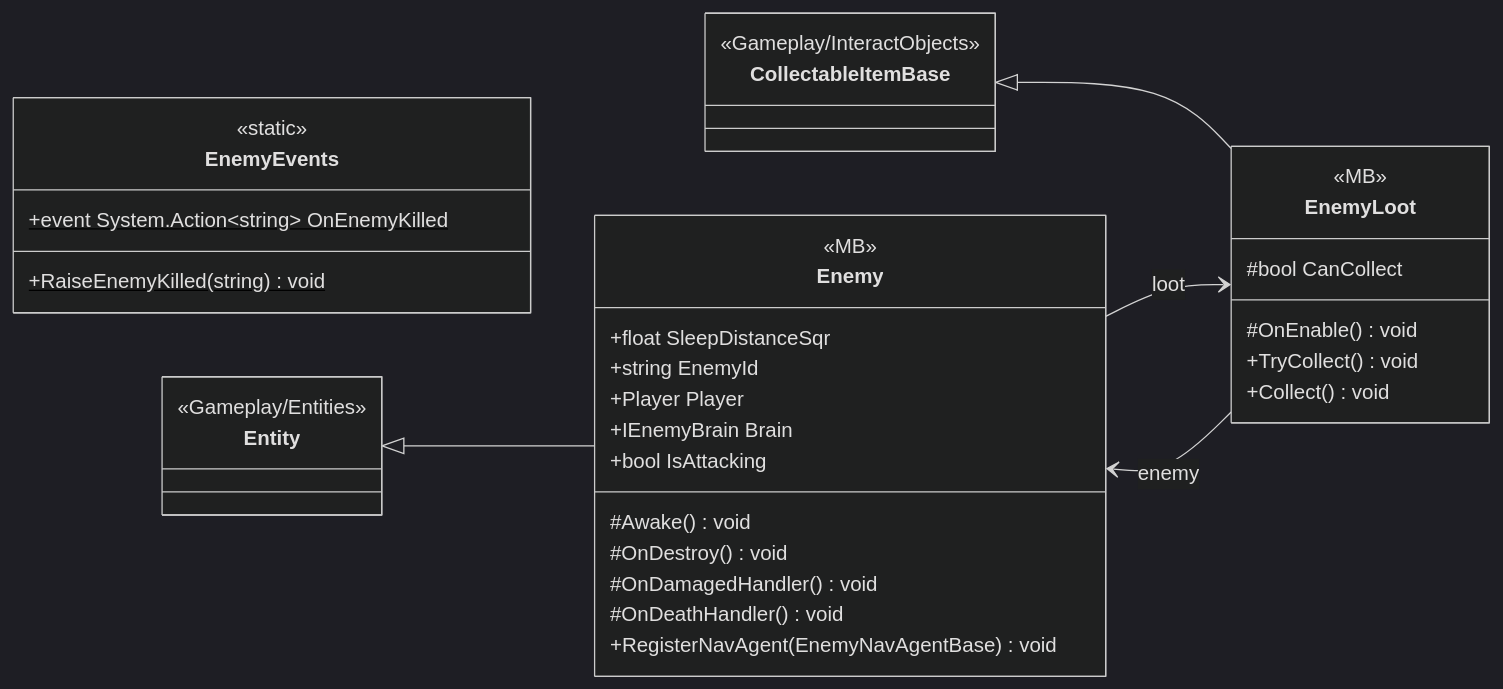
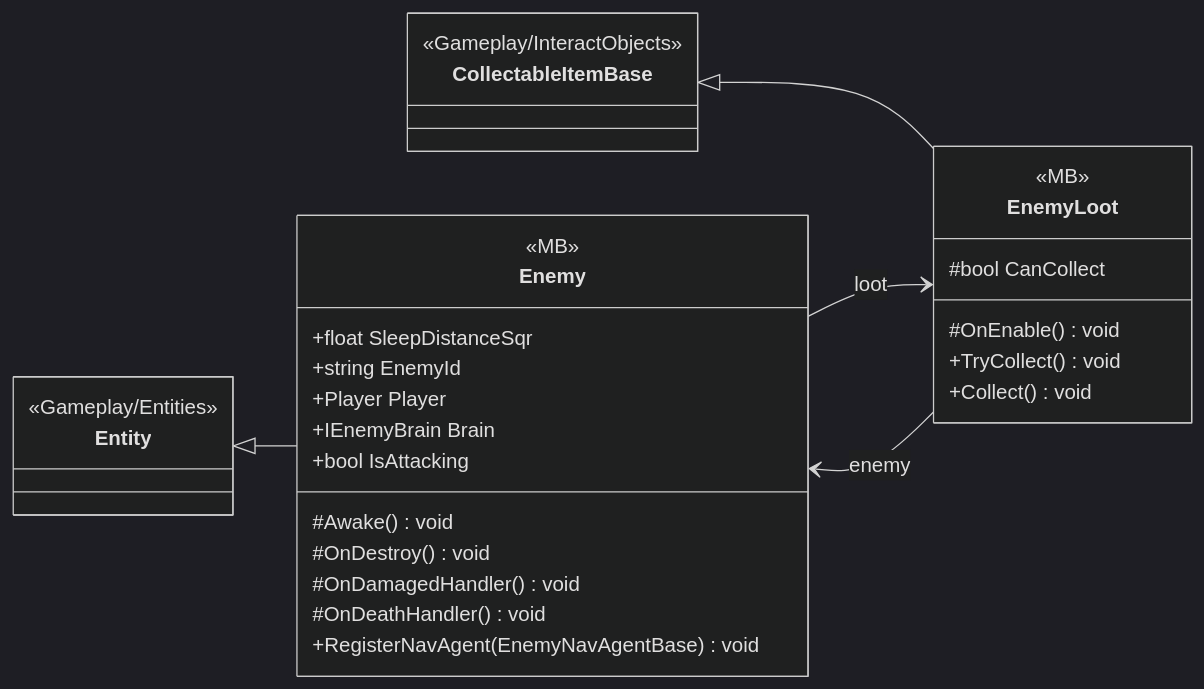
One commit to PhumipatWave/project-ocean changed the diagram in docs/uml/modules/Gameplay_Entities_Enemies.md. Above: the diagram before and after it, drawn with Mermaid (dark theme). The commit also changed other lines of this file and 191 other files, not shown here.

````diff
--- a/docs/uml/modules/Gameplay_Entities_Enemies.md
+++ b/docs/uml/modules/Gameplay_Entities_Enemies.md
@@ -7,39 +7,34 @@
 ```mermaid
 classDiagram
   direction LR
-  class EnemyEvents {
-    <<static>>
-    +event System.Action~string~ OnEnemyKilled$
-    +RaiseEnemyKilled(string)$ void
-  }
   class Enemy {
     <<MB>>
     +float SleepDistanceSqr
     +string EnemyId
     +Player Player
     +IEnemyBrain Brain
     +bool IsAttacking
     #Awake() void
     #OnDestroy() void
     #OnDamagedHandler() void
     #OnDeathHandler() void
     +RegisterNavAgent(EnemyNavAgentBase) void
   }
   class EnemyLoot {
     <<MB>>
     #bool CanCollect
     #OnEnable() void
     +TryCollect() void
     +Collect() void
   }
   class CollectableItemBase {
     <<Gameplay/InteractObjects>>
   }
   class Entity {
     <<Gameplay/Entities>>
   }
   CollectableItemBase <|-- EnemyLoot
   Enemy --> EnemyLoot : loot
   EnemyLoot --> Enemy : enemy
   Entity <|-- Enemy
 ```
````
